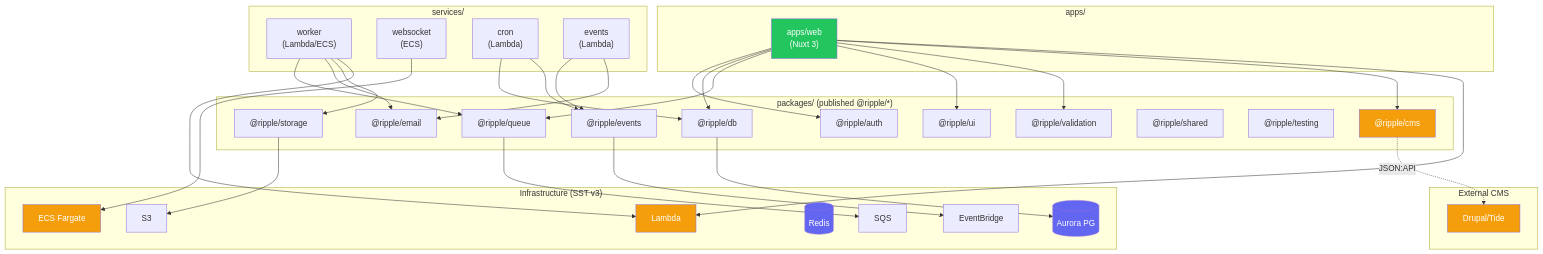
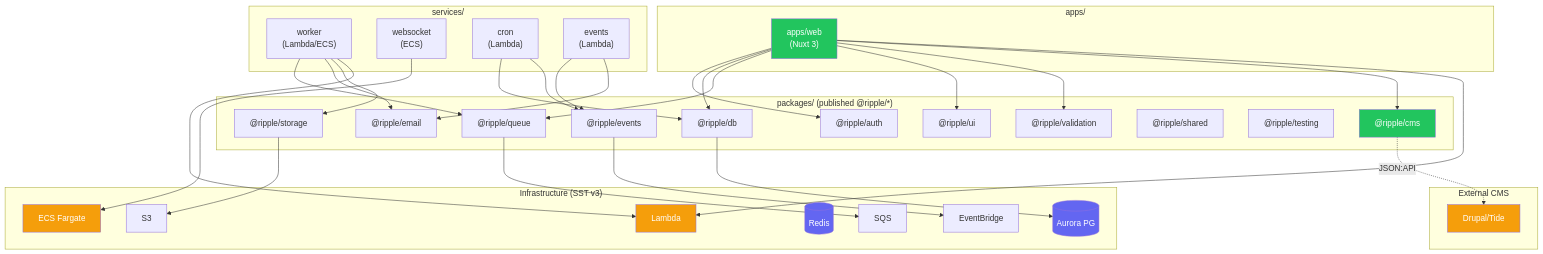
Before and after one commit to jbejenar/ripple-next: the sixth of 10 diagrams in docs/product-roadmap/README.md, drawn with Mermaid. The commit also changed other lines of this file and 19 other files, not shown here.

````diff
--- a/docs/product-roadmap/README.md
+++ b/docs/product-roadmap/README.md
@@ -330,63 +360,63 @@
 ```mermaid
 graph TD
     subgraph "apps/"
         WEB["apps/web<br/>(Nuxt 3)"]
     end
 
     subgraph "packages/ (published @ripple/*)"
         AUTH["@ripple/auth"]
         DB["@ripple/db"]
         QUEUE["@ripple/queue"]
         STORAGE["@ripple/storage"]
         EMAIL["@ripple/email"]
         EVENTS["@ripple/events"]
         UI["@ripple/ui"]
         VAL["@ripple/validation"]
         SHARED["@ripple/shared"]
         TESTING["@ripple/testing"]
         CMS["@ripple/cms"]
     end
 
     subgraph "External CMS"
         DRUPAL["Drupal/Tide"]
     end
 
     subgraph "services/"
         WORKER["worker<br/>(Lambda/ECS)"]
         WS["websocket<br/>(ECS)"]
         CRON["cron<br/>(Lambda)"]
         EVH["events<br/>(Lambda)"]
     end
 
     subgraph "Infrastructure (SST v3)"
         LAMBDA[Lambda]
         ECS[ECS Fargate]
         AURORA[(Aurora PG)]
         REDIS[(Redis)]
         SQS[SQS]
         S3[S3]
         EB[EventBridge]
     end
 
     WEB --> AUTH & DB & QUEUE & UI & VAL & CMS
     WORKER --> QUEUE & EMAIL & STORAGE
     CRON --> DB & EVENTS
     EVH --> EVENTS & EMAIL
     CMS -.->|JSON:API| DRUPAL
 
     DB --> AURORA
     QUEUE --> SQS
     STORAGE --> S3
     EVENTS --> EB
     WEB --> LAMBDA
     WORKER --> LAMBDA
     WS --> ECS
 
     style WEB fill:#22c55e,color:#fff
     style LAMBDA fill:#f59e0b,color:#fff
     style ECS fill:#f59e0b,color:#fff
     style AURORA fill:#6366f1,color:#fff
     style REDIS fill:#6366f1,color:#fff
-    style CMS fill:#f59e0b,color:#fff
+    style CMS fill:#22c55e,color:#fff
     style DRUPAL fill:#f59e0b,color:#fff
 ```
````
